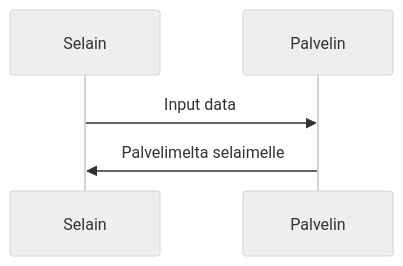
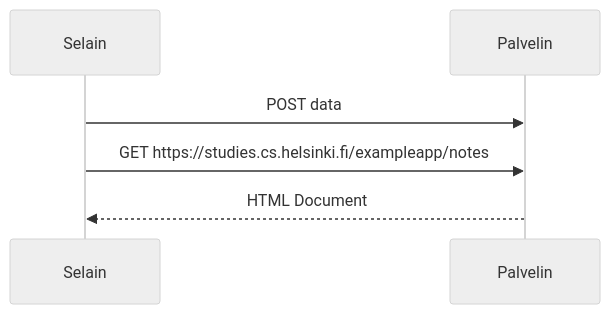
Before and after one commit to TeekkariTeemu/fullstack: the diagram in Osa0/04.md, drawn with Mermaid (neutral theme).

````diff
--- a/Osa0/04.md
+++ b/Osa0/04.md
@@ -1,7 +1,8 @@
 ```mermaid
 sequenceDiagram
     participant Selain
     participant Palvelin
-    Selain->>Palvelin: Input data
-    Palvelin->>Selain: Palvelimelta selaimelle
+    Selain->>Palvelin: POST data
+    Selain->>Palvelin: GET https://studies.cs.helsinki.fi/exampleapp/notes
+    Palvelin-->>Selain: HTML Document
 ```
````
